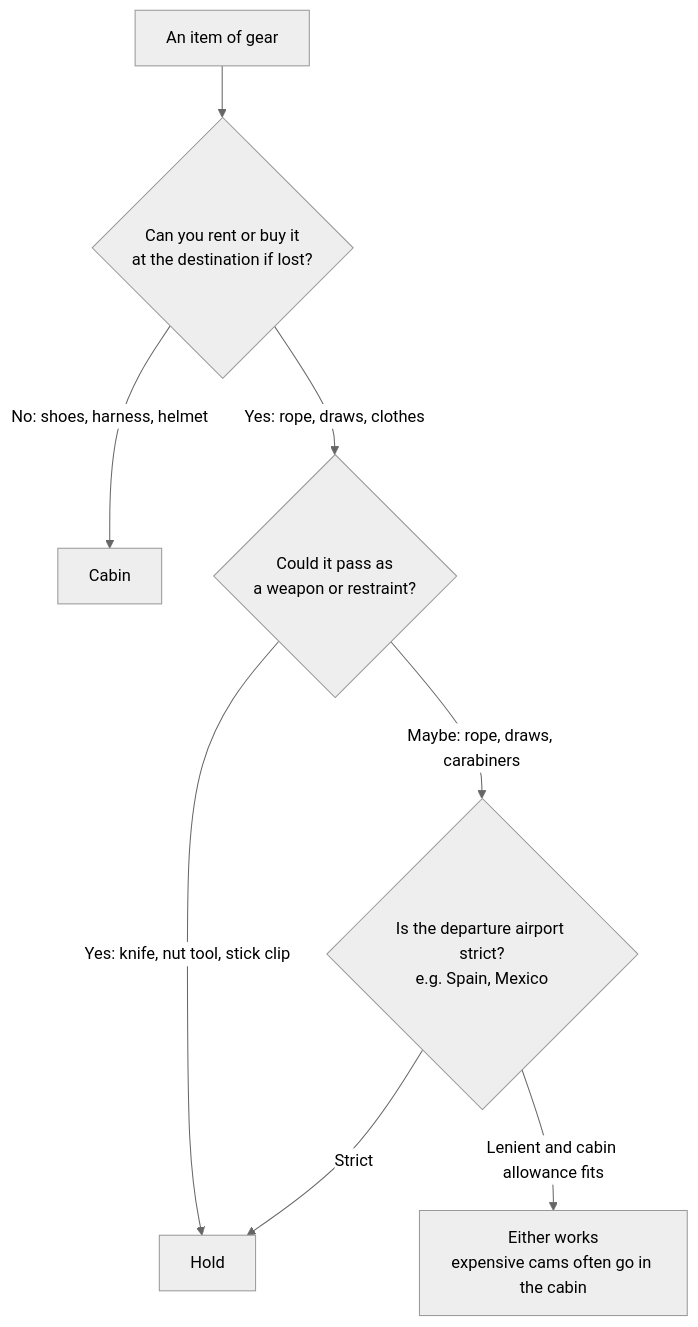
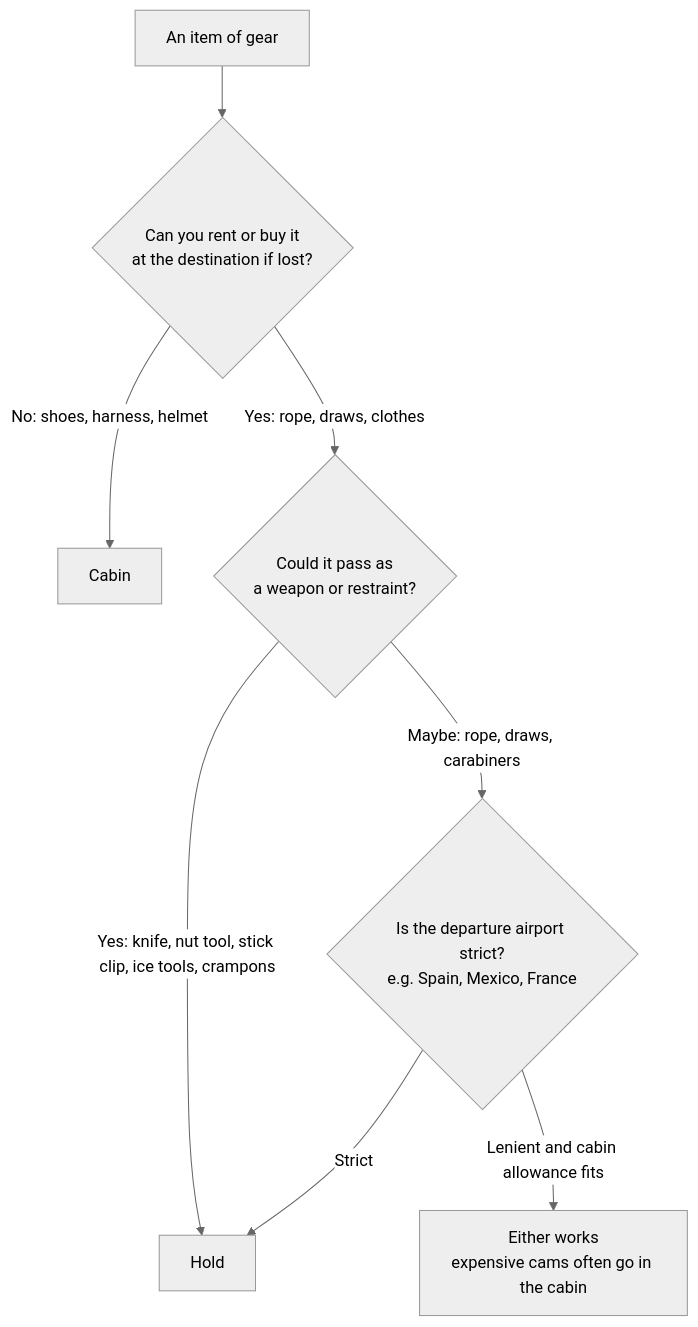
One commit to vincentxuu/quidproquo changed the diagram in src/content/posts/climbing/2026-10-19-climbing-travel-packing-examples-en.md. Above: the diagram before and after it, drawn with Mermaid (neutral theme). The commit also changed other lines of this file and 9 other files, not shown here.

````diff
--- a/src/content/posts/climbing/2026-10-19-climbing-travel-packing-examples-en.md
+++ b/src/content/posts/climbing/2026-10-19-climbing-travel-packing-examples-en.md
@@ -203,10 +333,10 @@
 ```mermaid
 flowchart TB
   A["An item of gear"] --> B{"Can you rent or buy it<br/>at the destination if lost?"}
   B -->|"No: shoes, harness, helmet"| C["Cabin"]
   B -->|"Yes: rope, draws, clothes"| D{"Could it pass as<br/>a weapon or restraint?"}
-  D -->|"Yes: knife, nut tool, stick clip"| E["Hold"]
-  D -->|"Maybe: rope, draws, carabiners"| F{"Is the departure airport strict?<br/>e.g. Spain, Mexico"}
+  D -->|"Yes: knife, nut tool, stick clip, ice tools, crampons"| E["Hold"]
+  D -->|"Maybe: rope, draws, carabiners"| F{"Is the departure airport strict?<br/>e.g. Spain, Mexico, France"}
   F -->|"Strict"| E
   F -->|"Lenient and cabin allowance fits"| G["Either works<br/>expensive cams often go in the cabin"]
 ```
````
